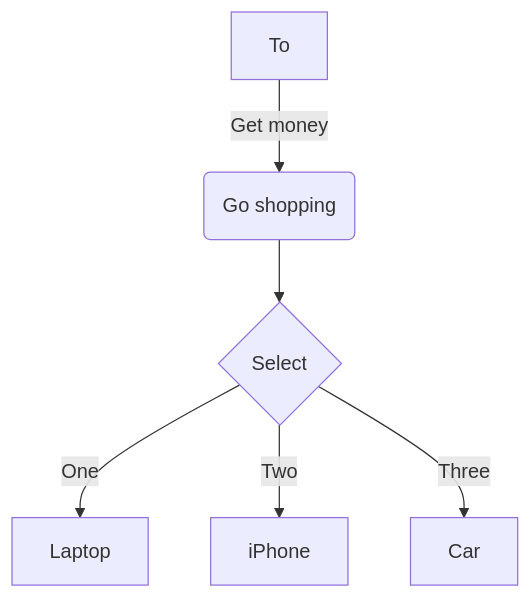
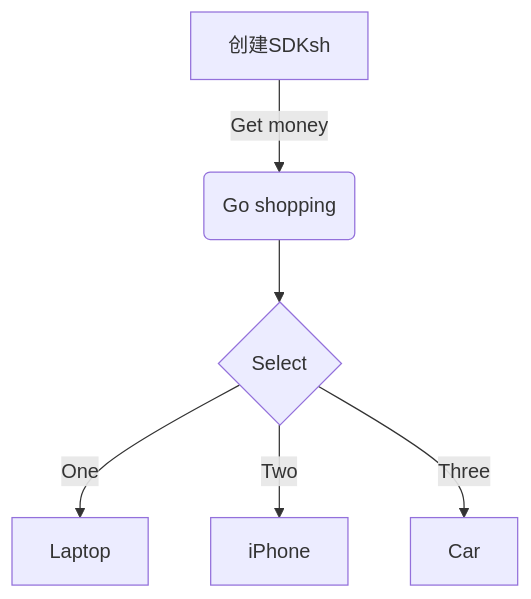
One commit to Utekichan/iodraw-files changed the diagram in all/未命名.md. Above: the diagram before and after it, drawn with Mermaid.

Commit message:
2024-03-30 21:58:35 update

````diff
--- a/all/未命名.md
+++ b/all/未命名.md
@@ -1,9 +1,9 @@
 ```mermaid
 graph TD
-    A[To] -->|Get money| B(Go shopping)
+    A[创建SDKsh] -->|Get money| B(Go shopping)
     B --> C{Select}
     C -->|One| D[Laptop]
     C -->|Two| E[iPhone]
     C -->|Three| F[Car]
   
 ```
````
